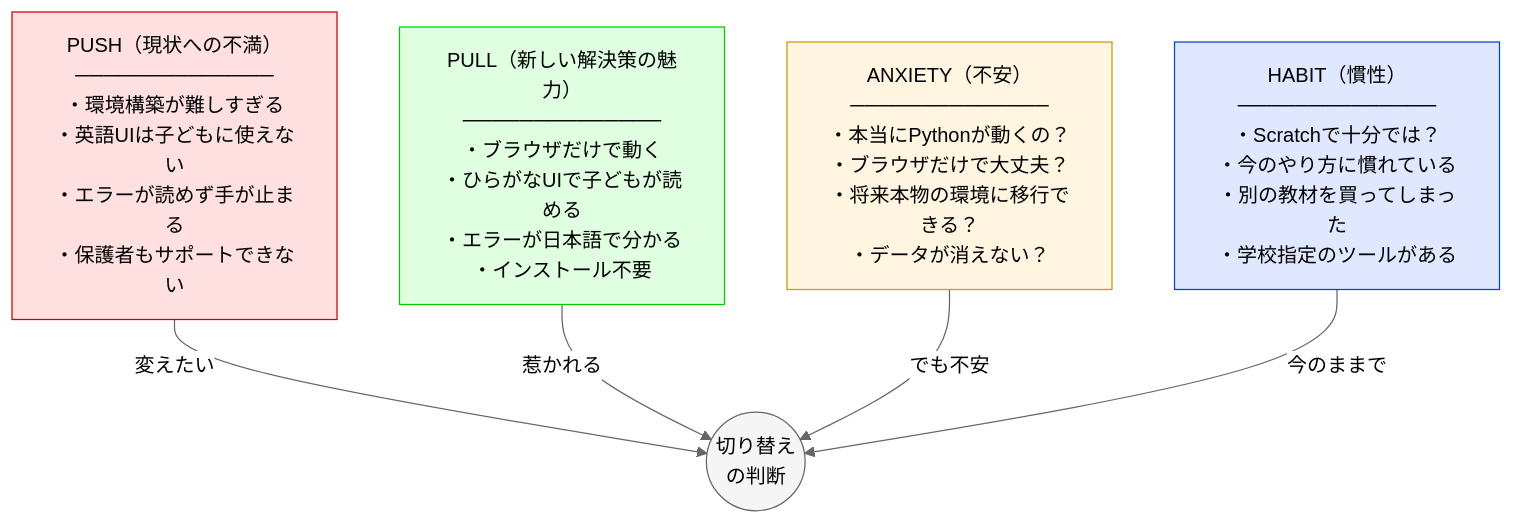
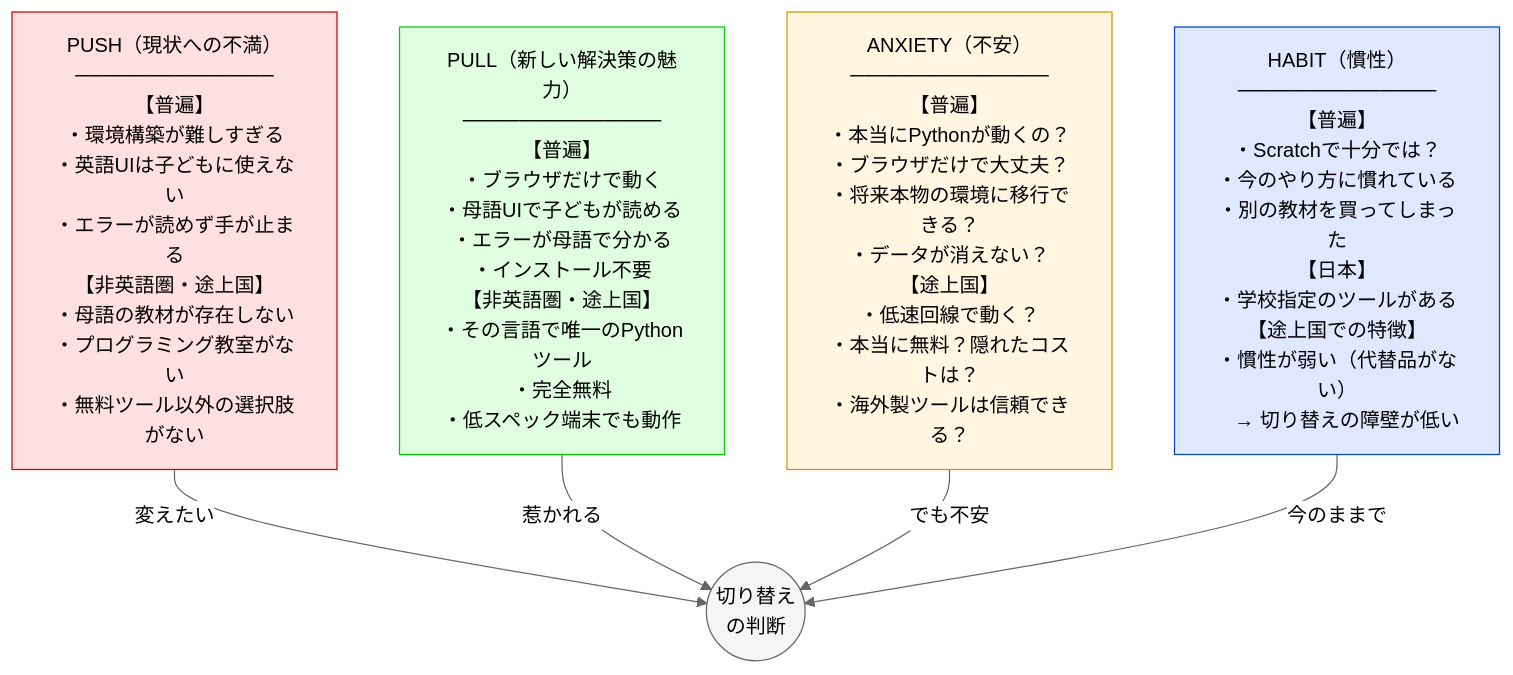
One commit to tatsuro-ueda/kids-python changed the fourth of 17 diagrams in docs/customer-problems.md. Above: the diagram before and after it, drawn with Mermaid (neutral theme). The commit also changed other lines of this file and 1 other file, not shown here.

````diff
--- a/docs/customer-problems.md
+++ b/docs/customer-problems.md
@@ -98,18 +130,18 @@
 ```mermaid
 graph TD
-    PUSH["PUSH（現状への不満）<br/>──────────────<br/>・環境構築が難しすぎる<br/>・英語UIは子どもに使えない<br/>・エラーが読めず手が止まる<br/>・保護者もサポートできない"]
-    PULL["PULL（新しい解決策の魅力）<br/>──────────────<br/>・ブラウザだけで動く<br/>・ひらがなUIで子どもが読める<br/>・エラーが日本語で分かる<br/>・インストール不要"]
-    ANXIETY["ANXIETY（不安）<br/>──────────────<br/>・本当にPythonが動くの？<br/>・ブラウザだけで大丈夫？<br/>・将来本物の環境に移行できる？<br/>・データが消えない？"]
-    HABIT["HABIT（慣性）<br/>──────────────<br/>・Scratchで十分では？<br/>・今のやり方に慣れている<br/>・別の教材を買ってしまった<br/>・学校指定のツールがある"]
+    PUSH["PUSH（現状への不満）<br/>──────────────<br/>【普遍】<br/>・環境構築が難しすぎる<br/>・英語UIは子どもに使えない<br/>・エラーが読めず手が止まる<br/>【非英語圏・途上国】<br/>・母語の教材が存在しない<br/>・プログラミング教室がない<br/>・無料ツール以外の選択肢がない"]
+    PULL["PULL（新しい解決策の魅力）<br/>──────────────<br/>【普遍】<br/>・ブラウザだけで動く<br/>・母語UIで子どもが読める<br/>・エラーが母語で分かる<br/>・インストール不要<br/>【非英語圏・途上国】<br/>・その言語で唯一のPythonツール<br/>・完全無料<br/>・低スペック端末でも動作"]
+    ANXIETY["ANXIETY（不安）<br/>──────────────<br/>【普遍】<br/>・本当にPythonが動くの？<br/>・ブラウザだけで大丈夫？<br/>・将来本物の環境に移行できる？<br/>・データが消えない？<br/>【途上国】<br/>・低速回線で動く？<br/>・本当に無料？隠れたコストは？<br/>・海外製ツールは信頼できる？"]
+    HABIT["HABIT（慣性）<br/>──────────────<br/>【普遍】<br/>・Scratchで十分では？<br/>・今のやり方に慣れている<br/>・別の教材を買ってしまった<br/>【日本】<br/>・学校指定のツールがある<br/>【途上国での特徴】<br/>・慣性が弱い（代替品がない）<br/>　→ 切り替えの障壁が低い"]
 
     PUSH -->|"変えたい"| CENTER((切り替え<br/>の判断))
     PULL -->|"惹かれる"| CENTER
     ANXIETY -->|"でも不安"| CENTER
     HABIT -->|"今のままで"| CENTER
 
     style PUSH fill:#ffe0e0,stroke:#cc0000
     style PULL fill:#e0ffe0,stroke:#00cc00
     style ANXIETY fill:#fff5e0,stroke:#cc9900
     style HABIT fill:#e0e8ff,stroke:#0044cc
     style CENTER fill:#f5f5f5,stroke:#666
 ```
````
